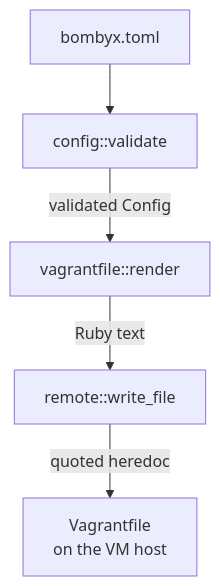
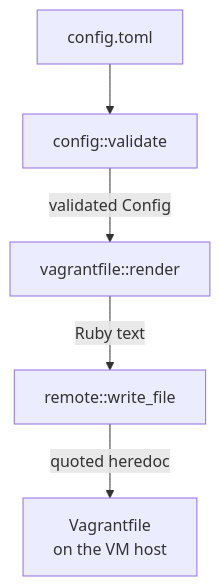
One commit to breki/bombyx changed the sixth of 6 diagrams in docs/architecture.md. Above: the diagram before and after it, drawn with Mermaid. The commit also changed other lines of this file and 30 other files, not shown here.

````diff
--- a/docs/architecture.md
+++ b/docs/architecture.md
@@ -515,13 +496,13 @@
 ```mermaid
 flowchart TD
-  toml["bombyx.toml"]
+  toml["config.toml"]
   val["config::validate"]
   render["vagrantfile::render"]
   write["remote::write_file"]
   out["Vagrantfile<br/>on the VM host"]
 
   toml --> val
   val -- "validated Config" --> render
   render -- "Ruby text" --> write
   write -- "quoted heredoc" --> out
 ```
````
